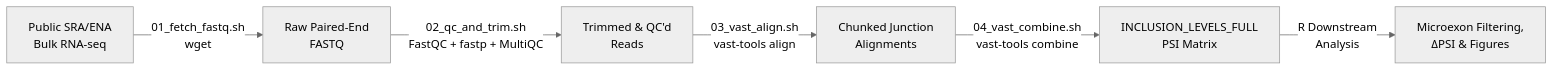
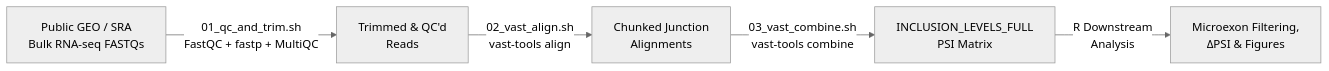
The diagram in README.md (shalinirmn/Alternative-Splicing-of-Microexons-in-Human-Peripheral-Tissues), drawn with Mermaid (neutral theme) before and after one commit. The commit also changed other lines of this file, not shown here.

````diff
--- a/README.md
+++ b/README.md
@@ -13,8 +13,7 @@
 ```mermaid
 flowchart LR
-    A[Public SRA/ENA<br/>Bulk RNA-seq] -->|01_fetch_fastq.sh<br/>wget| B[Raw Paired-End<br/>FASTQ]
-    B -->|02_qc_and_trim.sh<br/>FastQC + fastp + MultiQC| C[Trimmed & QC'd<br/>Reads]
-    C -->|03_vast_align.sh<br/>vast-tools align| D[Chunked Junction<br/>Alignments]
-    D -->|04_vast_combine.sh<br/>vast-tools combine| E[INCLUSION_LEVELS_FULL<br/>PSI Matrix]
-    E -->|R Downstream<br/>Analysis| F[Microexon Filtering,<br/>ΔPSI & Figures]
+    A[Public GEO / SRA<br/>Bulk RNA-seq FASTQs] -->|01_qc_and_trim.sh<br/>FastQC + fastp + MultiQC| B[Trimmed & QC'd<br/>Reads]
+    B -->|02_vast_align.sh<br/>vast-tools align| C[Chunked Junction<br/>Alignments]
+    C -->|03_vast_combine.sh<br/>vast-tools combine| D[INCLUSION_LEVELS_FULL<br/>PSI Matrix]
+    D -->|R Downstream<br/>Analysis| E[Microexon Filtering,<br/>ΔPSI & Figures]
 ```
````
